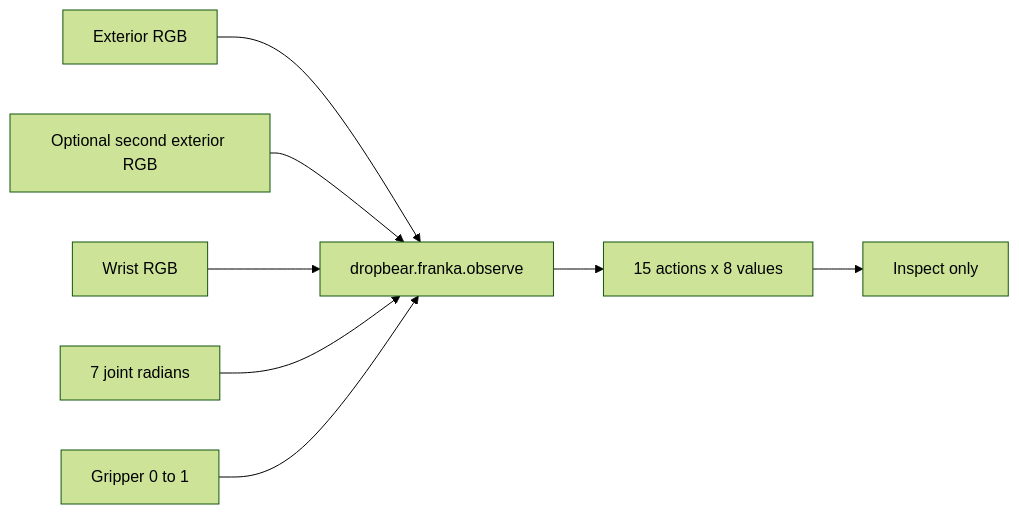
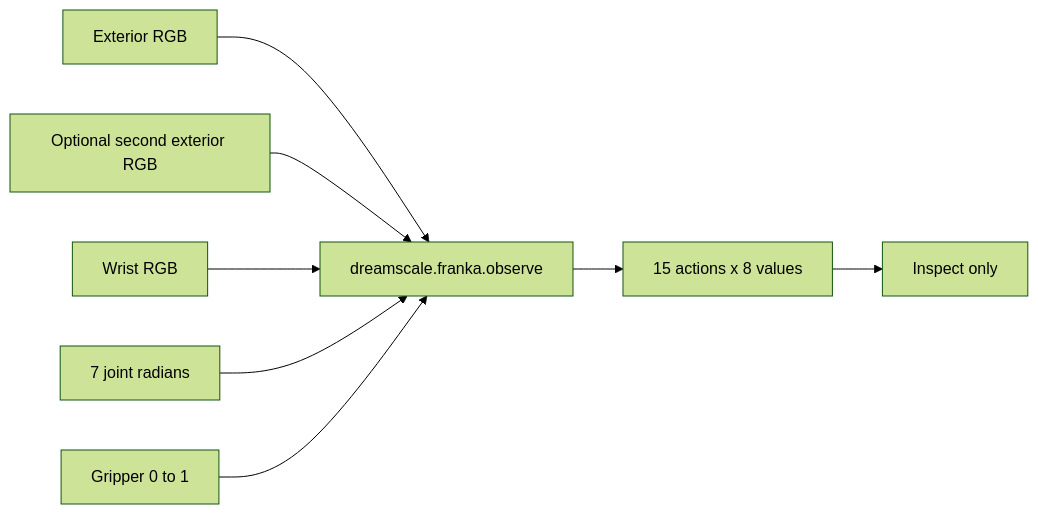
The diagram in guides/franka.mdx (Dreamscale-Labs/docs), drawn with Mermaid (forest theme) before and after one commit. The commit also changed other lines of this file and 22 other files, not shown here.

````diff
--- a/guides/franka.mdx
+++ b/guides/franka.mdx
@@ -35,10 +35,10 @@
 ```mermaid
 flowchart LR
-  A["Exterior RGB"] --> D["dropbear.franka.observe"]
+  A["Exterior RGB"] --> D["dreamscale.franka.observe"]
   B["Optional second exterior RGB"] --> D
   C["Wrist RGB"] --> D
   E["7 joint radians"] --> D
   F["Gripper 0 to 1"] --> D
   D --> G["15 actions x 8 values"]
   G --> H["Inspect only"]
 ```
````
